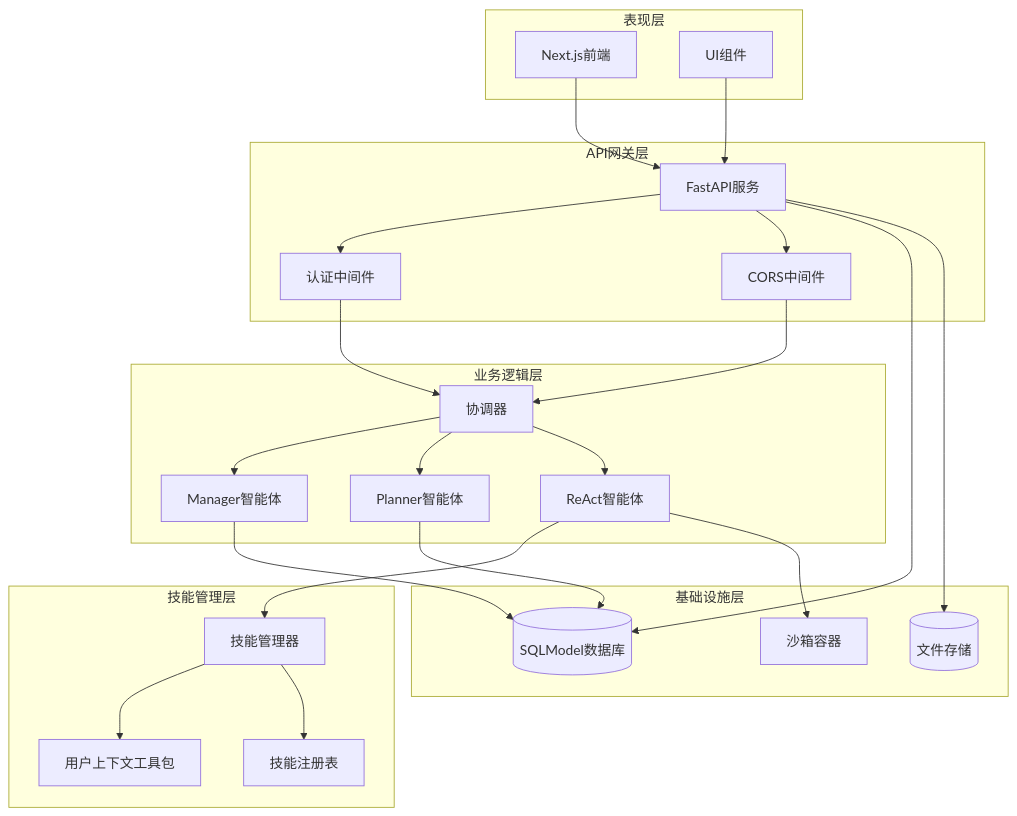
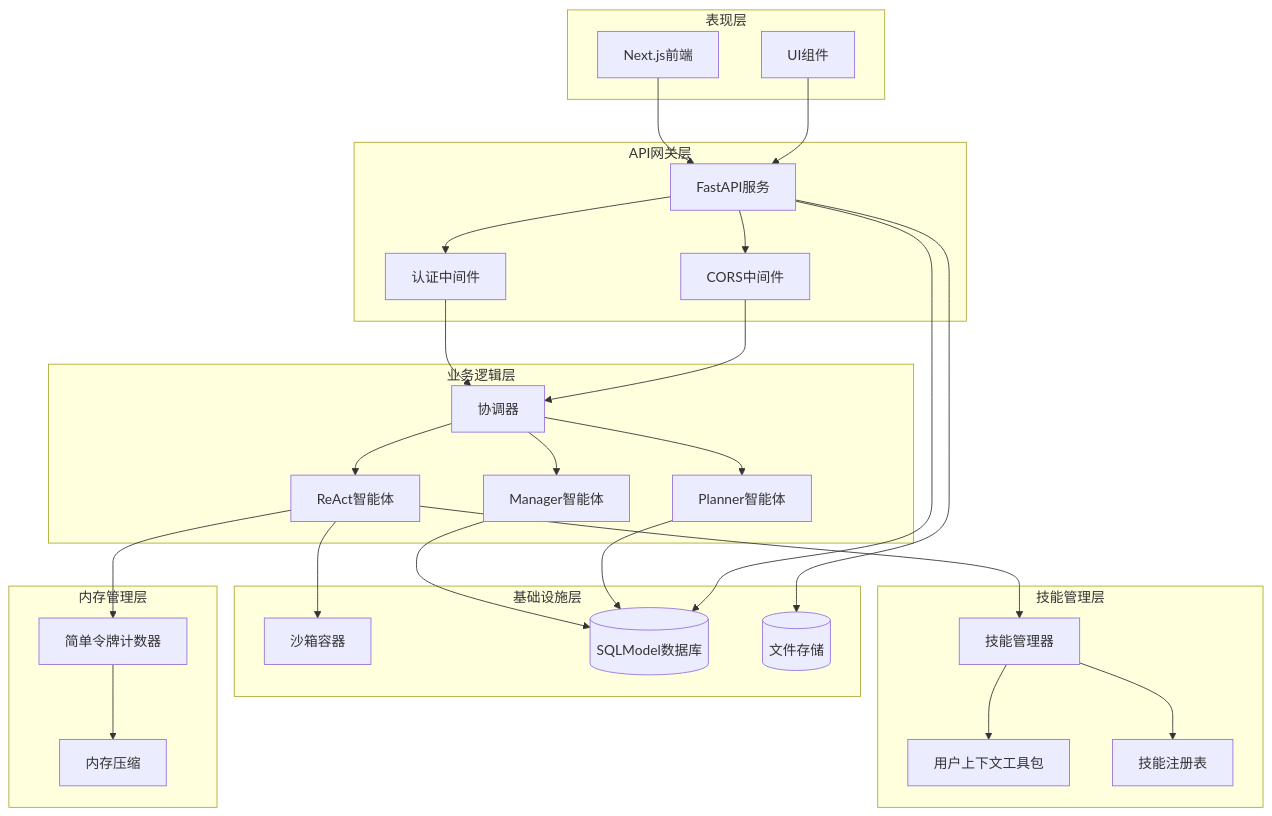
One commit to zhangdahai112/LocalManus changed the fourth of 14 diagrams in .qoder/repowiki/zh/content/智能体系统/ReAct 智能体/ReAct智能体流式增强.md. Above: the diagram before and after it, drawn with Mermaid. The commit also changed other lines of this file and 4 other files, not shown here.

````diff
--- a/.qoder/repowiki/zh/content/智能体系统/ReAct 智能体/ReAct智能体流式增强.md
+++ b/.qoder/repowiki/zh/content/智能体系统/ReAct 智能体/ReAct智能体流式增强.md
@@ -195,45 +200,51 @@
 ```mermaid
 graph TB
 subgraph "表现层"
 Frontend[Next.js前端]
 UI_Components[UI组件]
 end
 subgraph "API网关层"
 FastAPI[FastAPI服务]
 Auth[认证中间件]
 CORS[CORS中间件]
 end
 subgraph "业务逻辑层"
 Orchestrator[协调器]
 Manager[Manager智能体]
 Planner[Planner智能体]
 ReAct[ReAct智能体]
 end
 subgraph "技能管理层"
 SkillManager[技能管理器]
 UserContextToolkit[用户上下文工具包]
 SkillRegistry[技能注册表]
 end
 subgraph "基础设施层"
 Sandbox[沙箱容器]
 Database[(SQLModel数据库)]
 Storage[(文件存储)]
 end
+subgraph "内存管理层"
+TokenCounter[简单令牌计数器]
+MemoryCompression[内存压缩]
+end
 Frontend --> FastAPI
 UI_Components --> FastAPI
 FastAPI --> Auth
 FastAPI --> CORS
 Auth --> Orchestrator
 CORS --> Orchestrator
 Orchestrator --> Manager
 Orchestrator --> Planner
 Orchestrator --> ReAct
 ReAct --> SkillManager
 SkillManager --> UserContextToolkit
 SkillManager --> SkillRegistry
+ReAct --> TokenCounter
+TokenCounter --> MemoryCompression
 Manager --> Database
 Planner --> Database
 ReAct --> Sandbox
 FastAPI --> Database
 FastAPI --> Storage
 ```
````
